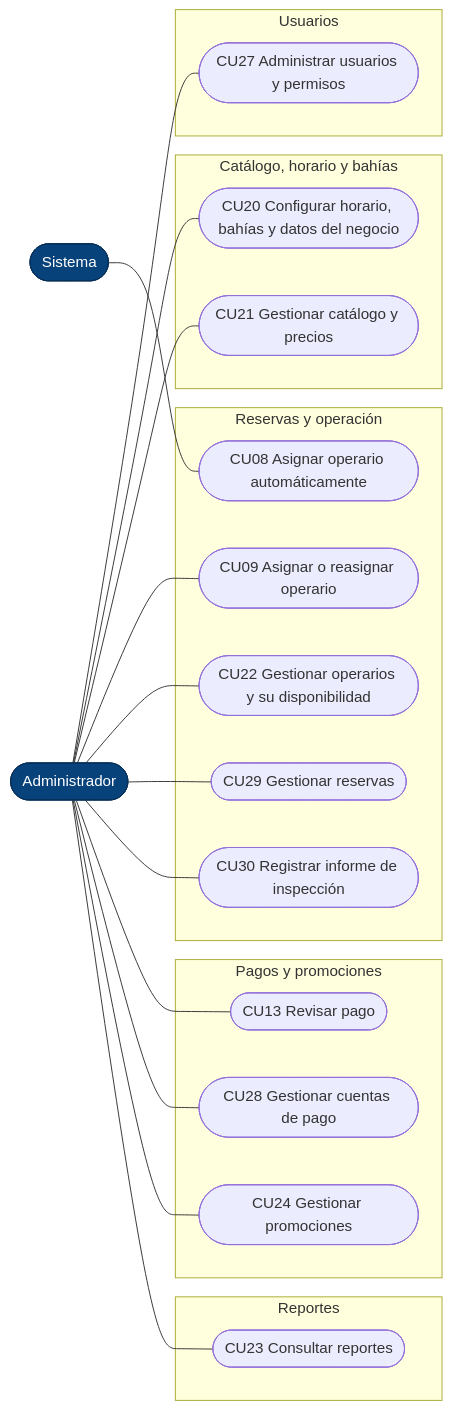
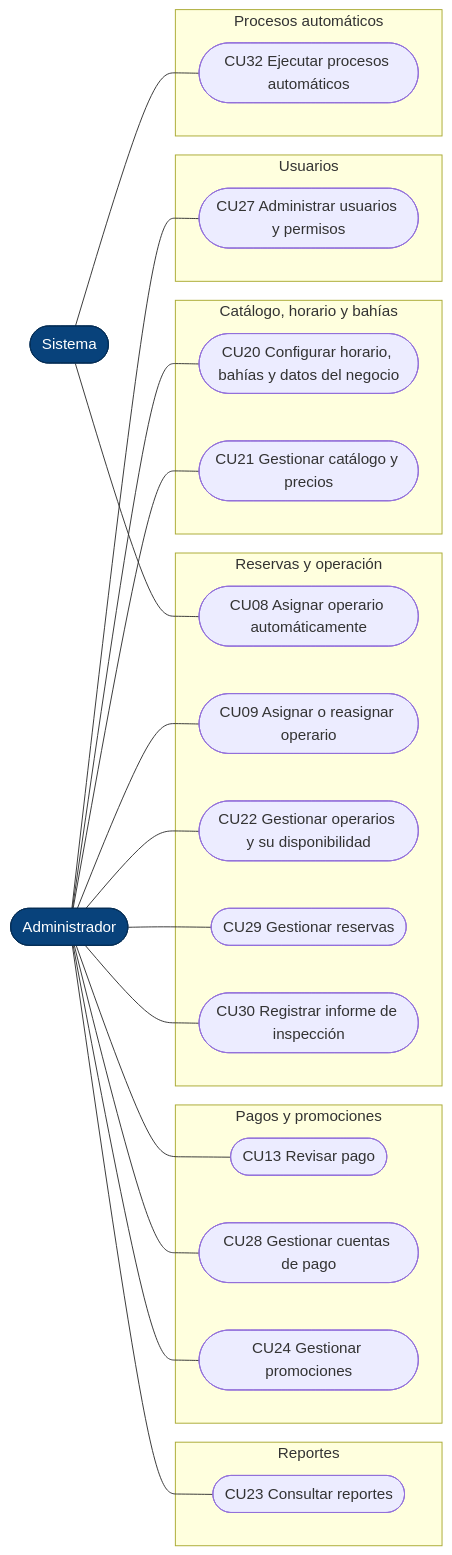
One commit to BrayanCABRERA123/lavarapido-docs changed the fourth of 26 diagrams in 02_DOCUMENTACION_DE_ANALISIS_DEL_SOFTWARE/ES/MD/documentacion-de-analisis-del-software.md. Above: the diagram before and after it, drawn with Mermaid. The commit also changed other lines of this file and 1 other file, not shown here.

Commit message:
docs(analysis): add CU31 and CU32, the password recovery sequence and the user account states

````diff
--- a/02_DOCUMENTACION_DE_ANALISIS_DEL_SOFTWARE/ES/MD/documentacion-de-analisis-del-software.md
+++ b/02_DOCUMENTACION_DE_ANALISIS_DEL_SOFTWARE/ES/MD/documentacion-de-analisis-del-software.md
@@ -127,44 +129,48 @@
 ```mermaid
 flowchart LR
     Administrador(["Administrador"])
     Sistema(["Sistema"])
 
     subgraph AUTH["Usuarios"]
         CU27(["CU27 Administrar usuarios y permisos"])
     end
     subgraph CAT["Catálogo, horario y bahías"]
         CU20(["CU20 Configurar horario, bahías y datos del negocio"])
         CU21(["CU21 Gestionar catálogo y precios"])
     end
     subgraph RES["Reservas y operación"]
         CU08(["CU08 Asignar operario automáticamente"])
         CU09(["CU09 Asignar o reasignar operario"])
         CU22b(["CU22 Gestionar operarios y su disponibilidad"])
         CU29(["CU29 Gestionar reservas"])
         CU30b(["CU30 Registrar informe de inspección"])
     end
     subgraph PAG["Pagos y promociones"]
         CU13(["CU13 Revisar pago"])
         CU28(["CU28 Gestionar cuentas de pago"])
         CU24(["CU24 Gestionar promociones"])
     end
     subgraph REP["Reportes"]
         CU23(["CU23 Consultar reportes"])
     end
+    subgraph AUT["Procesos automáticos"]
+        CU32(["CU32 Ejecutar procesos automáticos"])
+    end
 
     Administrador --- CU27
     Administrador --- CU20
     Administrador --- CU21
     Administrador --- CU09
     Administrador --- CU22b
     Administrador --- CU29
     Administrador --- CU30b
     Administrador --- CU13
     Administrador --- CU28
     Administrador --- CU24
     Administrador --- CU23
     Sistema --- CU08
+    Sistema --- CU32
 
     classDef actor fill:#08427b,color:#fff,stroke:#052e56
     class Administrador,Sistema actor
 ```
````
